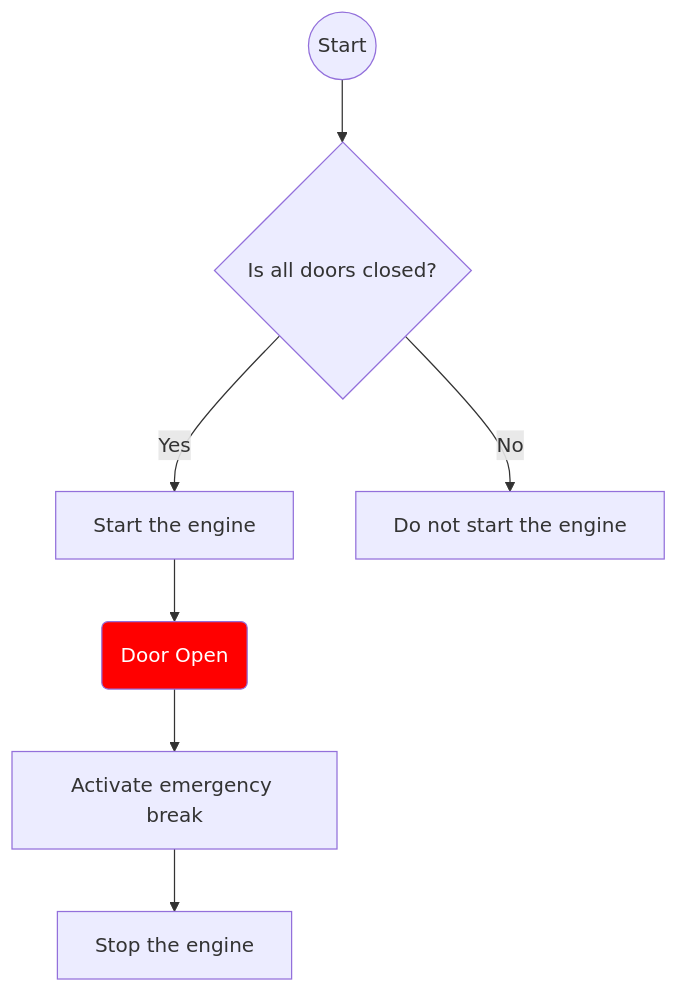
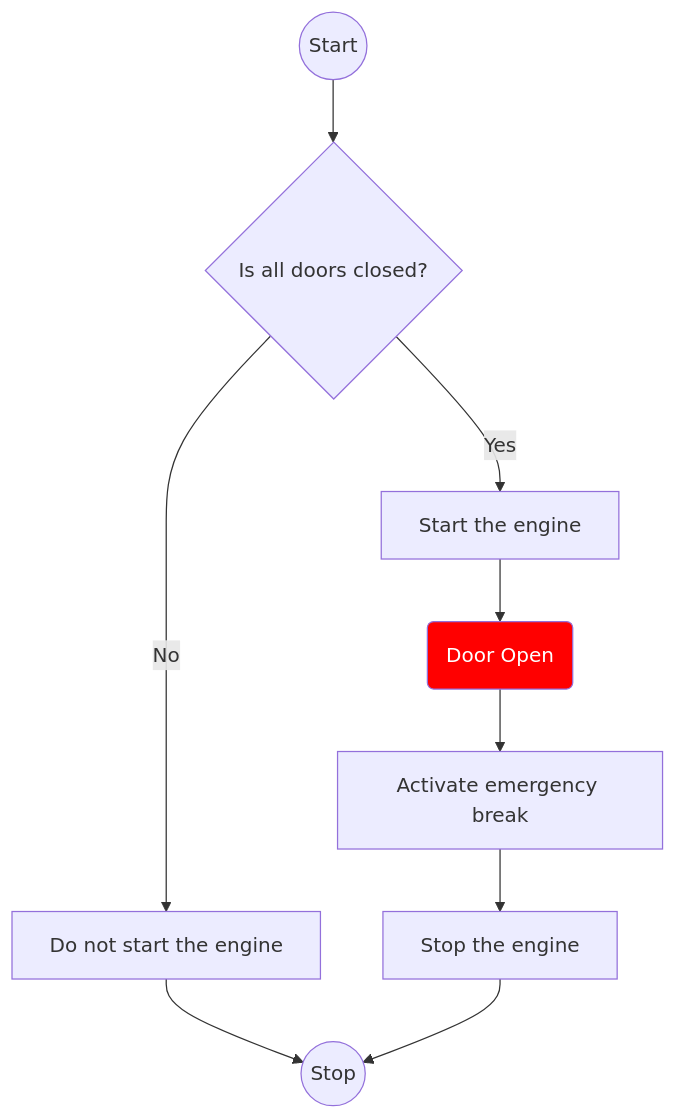
One commit to Arnab-Developer/TrainSystem changed the diagram in README.md. Above: the diagram before and after it, drawn with Mermaid.

````diff
--- a/README.md
+++ b/README.md
@@ -5,21 +5,25 @@
 ```mermaid
 flowchart
 
 Start@{ shape: circle, label: "Start" }
+Stop@{ shape: circle, label: "Stop" }
+
 IsAllDoorClosed@{ shape: diamond, label: "Is all doors closed?" }
 TrainStart@{ shape: rect, label: "Start the engine" }
 TrainDoNotStart@{ shape: rect, label: "Do not start the engine" }
 DoorOpen@{ shape: event, label: "Door Open" }
 EmergencyBreak@{ shape: rect, label: "Activate emergency break" }
 StopTrain@{ shape: rect, label: "Stop the engine" }
 
 style DoorOpen fill:red, color: white
 
 Start --> IsAllDoorClosed
 IsAllDoorClosed -- Yes --> TrainStart
 IsAllDoorClosed -- No --> TrainDoNotStart
+TrainDoNotStart --> Stop
 
 TrainStart --> DoorOpen
 DoorOpen --> EmergencyBreak
 EmergencyBreak --> StopTrain
+StopTrain --> Stop
 ```
````
